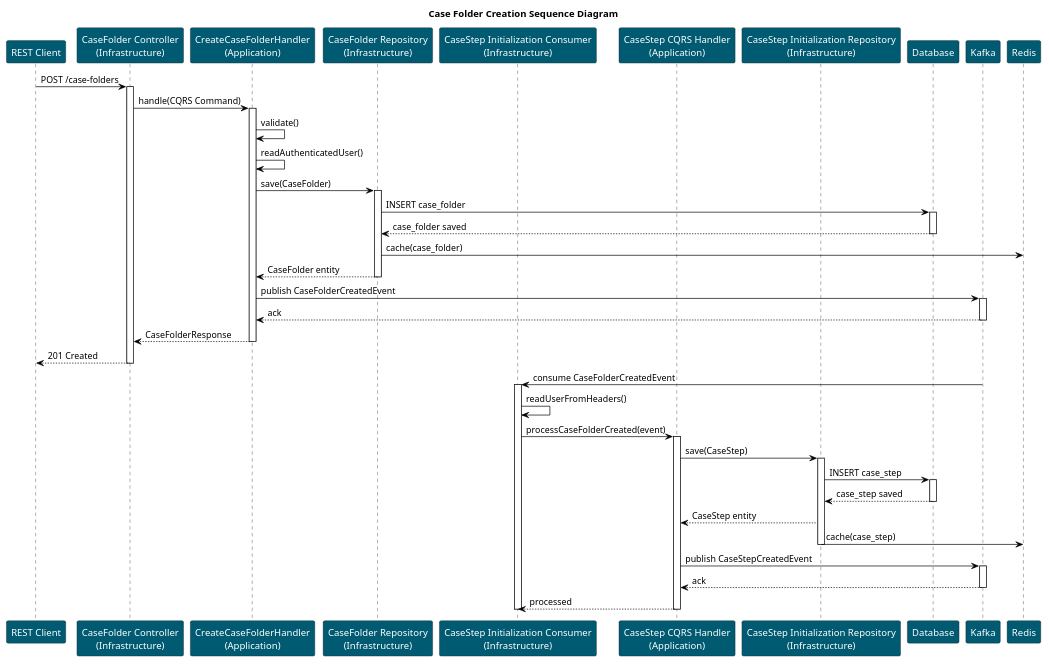
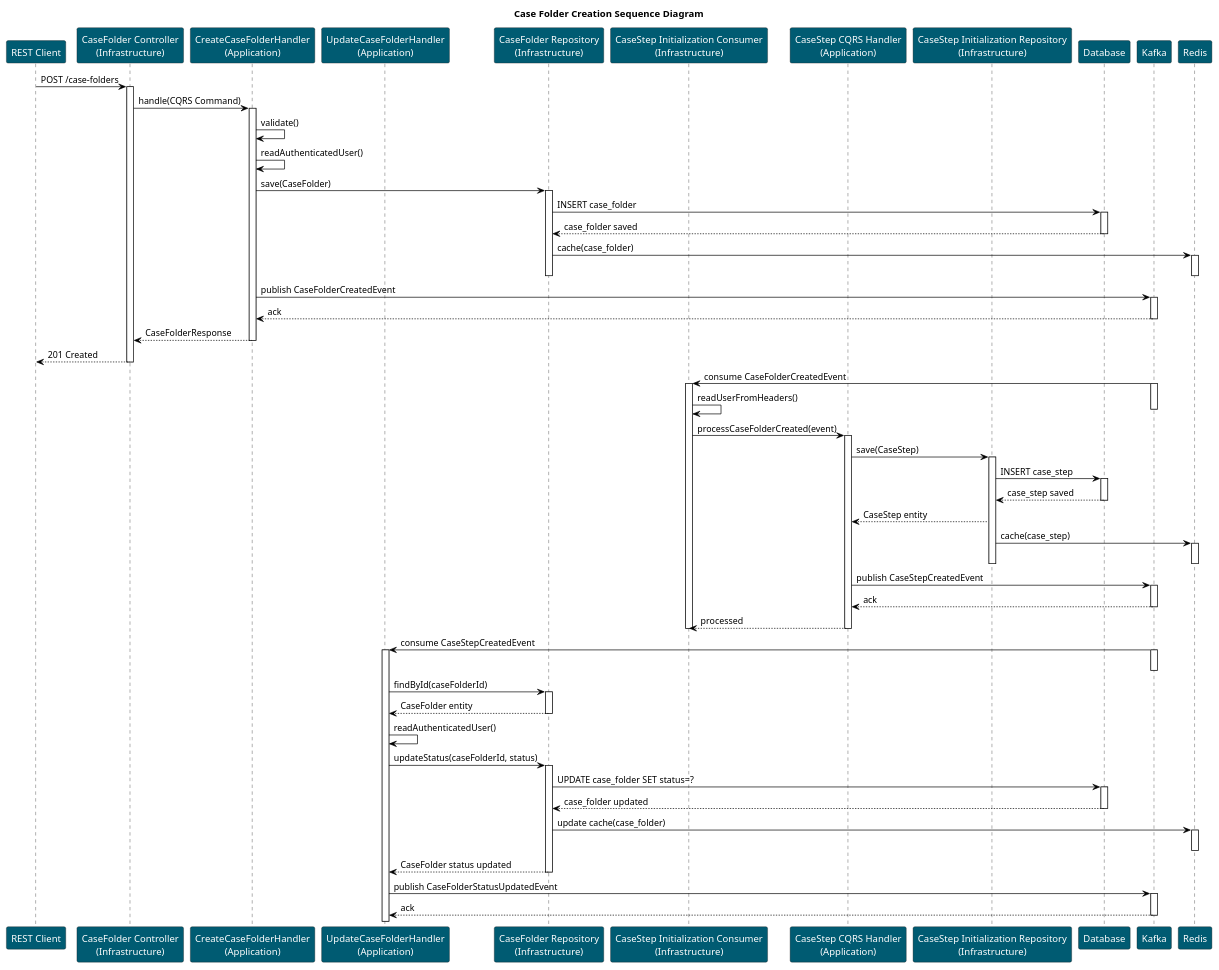
One commit to labcabrera/archetype-spring-cloud-stream-vertical-slice changed the diagram in diagrams/case-folder-creation-diagram.plantuml. Above: the diagram before and after it, drawn with PlantUML. The commit also changed 2 other files, not shown here.

Commit message:
Updated readme + diagrams.

```diff
--- a/diagrams/case-folder-creation-diagram.plantuml
+++ b/diagrams/case-folder-creation-diagram.plantuml
@@ -1,71 +1,109 @@
 @startuml Case Folder Creation Sequence Diagram
 title Case Folder Creation Sequence Diagram
 
 skinparam ParticipantBackgroundColor #005b72
 skinparam ParticipantFontColor #ffffff
 skinparam ArrowColor #000000
 
 participant "REST Client" as Client
-participant "CaseFolder Controller\n(Infrastructure)" as CaseFolderCtrl
-participant "CreateCaseFolderHandler\n(Application)" as CaseFolderHandler
-participant "CaseFolder Repository\n(Infrastructure)" as CaseFolderRepo
-participant "CaseStep Initialization Consumer\n(Infrastructure)" as ConfConsumer
+participant "CaseFolder Controller\n(Infrastructure)" as CaseFolderController
+participant "CreateCaseFolderHandler\n(Application)" as CreateCaseFolderHandler
+participant "UpdateCaseFolderHandler\n(Application)" as UpdateCaseFolderHandler
+participant "CaseFolder Repository\n(Infrastructure)" as CaseFolderRepository
+participant "CaseStep Initialization Consumer\n(Infrastructure)" as CaseStepConsumer
 participant "CaseStep CQRS Handler\n(Application)" as ConfService
-participant "CaseStep Initialization Repository\n(Infrastructure)" as ConfRepo
+participant "CaseStep Initialization Repository\n(Infrastructure)" as CaseStepRepository
 participant "Database" as DB
 participant "Kafka" as Kafka
 participant "Redis" as Redis
 
-Client -> CaseFolderCtrl: POST /case-folders
-activate CaseFolderCtrl
+Client -> CaseFolderController: POST /case-folders
+activate CaseFolderController
 
-CaseFolderCtrl -> CaseFolderHandler: handle(CQRS Command)
-activate CaseFolderHandler
-CaseFolderHandler -> CaseFolderHandler: validate()
-CaseFolderHandler -> CaseFolderHandler: readAuthenticatedUser()
-CaseFolderHandler -> CaseFolderRepo: save(CaseFolder)
-activate CaseFolderRepo
-CaseFolderRepo -> DB: INSERT case_folder
+' Case folder creation
+CaseFolderController -> CreateCaseFolderHandler: handle(CQRS Command)
+activate CreateCaseFolderHandler
+CreateCaseFolderHandler -> CreateCaseFolderHandler: validate()
+CreateCaseFolderHandler -> CreateCaseFolderHandler: readAuthenticatedUser()
+CreateCaseFolderHandler -> CaseFolderRepository: save(CaseFolder)
+activate CaseFolderRepository
+CaseFolderRepository -> DB: INSERT case_folder
 activate DB
-DB --> CaseFolderRepo: case_folder saved
+DB --> CaseFolderRepository: case_folder saved
 deactivate DB
-CaseFolderRepo -> Redis: cache(case_folder)
-CaseFolderRepo --> CaseFolderHandler: CaseFolder entity
-deactivate CaseFolderRepo
+CaseFolderRepository -> Redis: cache(case_folder)
+activate Redis
+deactivate Redis
 
-CaseFolderHandler -> Kafka: publish CaseFolderCreatedEvent
+' CaseFolderRepository --> CaseFolderHandler: CaseFolder entity
+deactivate CaseFolderRepository
+
+CreateCaseFolderHandler -> Kafka: publish CaseFolderCreatedEvent
 activate Kafka
-Kafka --> CaseFolderHandler: ack
+Kafka --> CreateCaseFolderHandler: ack
 deactivate Kafka
 
-CaseFolderHandler --> CaseFolderCtrl: CaseFolderResponse
-deactivate CaseFolderHandler
-CaseFolderCtrl --> Client: 201 Created
-deactivate CaseFolderCtrl
+CreateCaseFolderHandler --> CaseFolderController: CaseFolderResponse
+deactivate CreateCaseFolderHandler
+CaseFolderController --> Client: 201 Created
+deactivate CaseFolderController
 
-Kafka -> ConfConsumer: consume CaseFolderCreatedEvent
-activate ConfConsumer
-ConfConsumer -> ConfConsumer: readUserFromHeaders()
+' Case step creation
+Kafka -> CaseStepConsumer: consume CaseFolderCreatedEvent
+activate Kafka
+activate CaseStepConsumer
+CaseStepConsumer -> CaseStepConsumer: readUserFromHeaders()
+deactivate Kafka
 
-ConfConsumer -> ConfService: processCaseFolderCreated(event)
+CaseStepConsumer -> ConfService: processCaseFolderCreated(event)
 activate ConfService
 
-ConfService -> ConfRepo: save(CaseStep)
-activate ConfRepo
-ConfRepo -> DB: INSERT case_step
+ConfService -> CaseStepRepository: save(CaseStep)
+activate CaseStepRepository
+CaseStepRepository -> DB: INSERT case_step
 activate DB
-DB --> ConfRepo: case_step saved
+DB --> CaseStepRepository: case_step saved
 deactivate DB
-ConfRepo --> ConfService: CaseStep entity
-ConfRepo -> Redis: cache(case_step)
-deactivate ConfRepo
+CaseStepRepository --> ConfService: CaseStep entity
+CaseStepRepository -> Redis: cache(case_step)
+activate Redis
+deactivate Redis
+deactivate CaseStepRepository
 ConfService -> Kafka: publish CaseStepCreatedEvent
 activate Kafka
 Kafka --> ConfService: ack
 deactivate Kafka
 
-ConfService --> ConfConsumer: processed
+ConfService --> CaseStepConsumer: processed
 deactivate ConfService
-deactivate ConfConsumer
+deactivate CaseStepConsumer
+
+' Update case folder status
+Kafka -> UpdateCaseFolderHandler: consume CaseStepCreatedEvent
+activate Kafka
+deactivate Kafka
+activate UpdateCaseFolderHandler
+UpdateCaseFolderHandler -> CaseFolderRepository: findById(caseFolderId)
+activate CaseFolderRepository
+CaseFolderRepository --> UpdateCaseFolderHandler: CaseFolder entity
+deactivate CaseFolderRepository
+UpdateCaseFolderHandler -> UpdateCaseFolderHandler: readAuthenticatedUser()
+
+UpdateCaseFolderHandler -> CaseFolderRepository: updateStatus(caseFolderId, status)
+activate CaseFolderRepository
+CaseFolderRepository -> DB: UPDATE case_folder SET status=?
+activate DB
+DB --> CaseFolderRepository: case_folder updated
+deactivate DB
+CaseFolderRepository -> Redis: update cache(case_folder)
+activate Redis
+deactivate Redis
+CaseFolderRepository --> UpdateCaseFolderHandler: CaseFolder status updated
+deactivate CaseFolderRepository
+
+UpdateCaseFolderHandler -> Kafka: publish CaseFolderStatusUpdatedEvent
+activate Kafka
+Kafka --> UpdateCaseFolderHandler: ack
+deactivate Kafka
 
 @enduml
```
